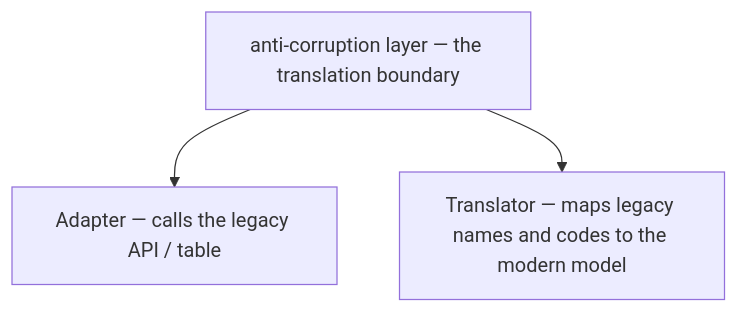
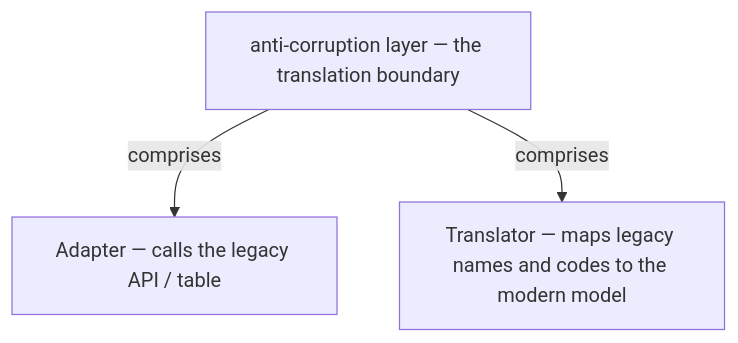
The fifth of 12 diagrams in docs/ch43-anti-corruption-layer.md (vinayakuber/microservices-io-study-guide), drawn with Mermaid before and after one commit. The commit also changed other lines of this file and 71 other files, not shown here.

First line of the commit message:
R18: label every diagram arrow with its meaning

````diff
--- a/docs/ch43-anti-corruption-layer.md
+++ b/docs/ch43-anti-corruption-layer.md
@@ -163,6 +163,6 @@
 ```mermaid
 flowchart TD
   R["anti-corruption layer — the translation boundary"]
-  R --> P0["Adapter — calls the legacy API / table"]
-  R --> P1["Translator — maps legacy names and codes to the modern model"]
+  R -->|"comprises"| P0["Adapter — calls the legacy API / table"]
+  R -->|"comprises"| P1["Translator — maps legacy names and codes to the modern model"]
 ```
````
